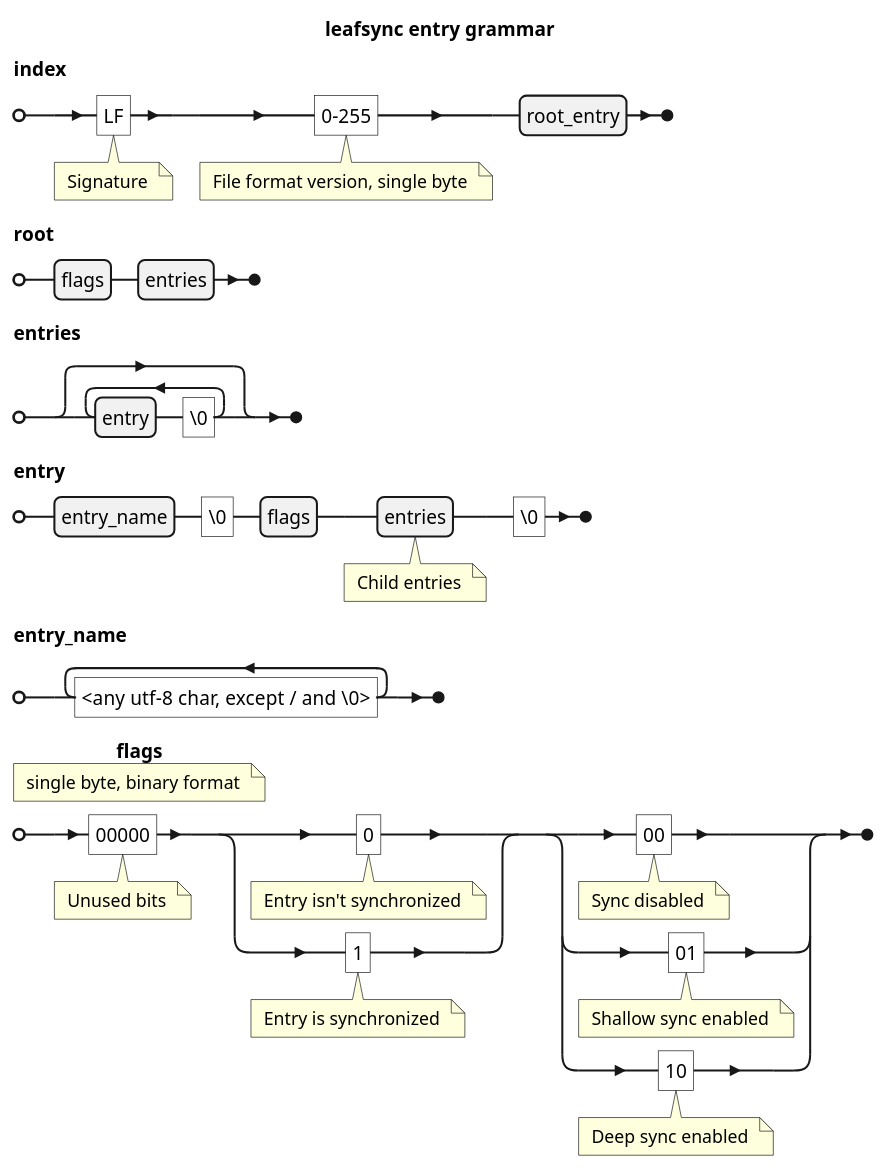
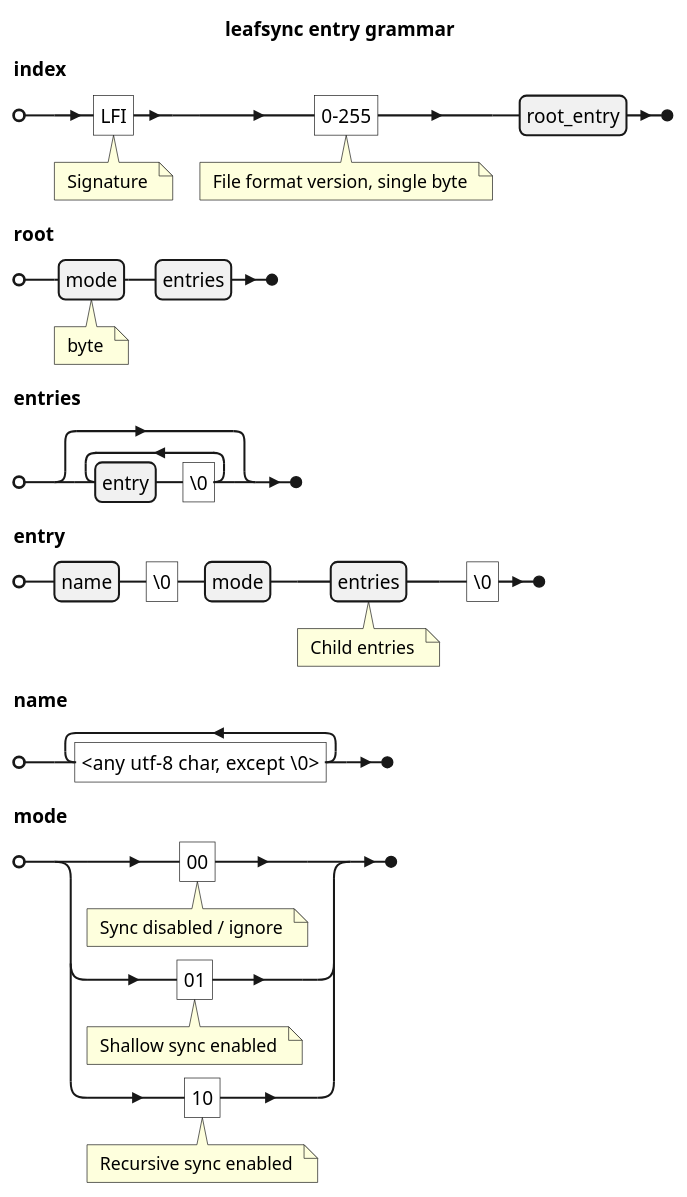
Before and after one commit to acc15/lf: the first of 2 diagrams in doc/index-format.md, drawn with PlantUML. The commit also changed other lines of this file and 3 other files, not shown here.

````diff
--- a/doc/index-format.md
+++ b/doc/index-format.md
@@ -9,11 +9,11 @@
 ```plantuml
 @startebnf
 title leafsync entry grammar
-index = "LF" (* Signature *), "0-255" (* File format version, single byte *), root_entry;
-root = flags, entries;
+index = "LFI" (* Signature *), "0-255" (* File format version, single byte *), root_entry;
+root = mode (* byte *), entries;
 entries = { entry, "\0" };
-entry = entry_name, "\0", flags, entries (* Child entries *), "\0";
-entry_name = { "<any utf-8 char, except / and \0>" }-;
-flags (* single byte, binary format *) = "00000" (* Unused bits *), ("0" (* Entry isn't synchronized *) | "1" (* Entry is synchronized *)), ("00" (* Sync disabled *) | "01" (* Shallow sync enabled *) | "10" (* Deep sync enabled *));
+entry = name, "\0", mode, entries (* Child entries *), "\0";
+name = { "<any utf-8 char, except \0>" }-;
+mode = ("00" (* Sync disabled / ignore *) | "01" (* Shallow sync enabled *) | "10" (* Recursive sync enabled *));
 @endebnf
 ```
````
